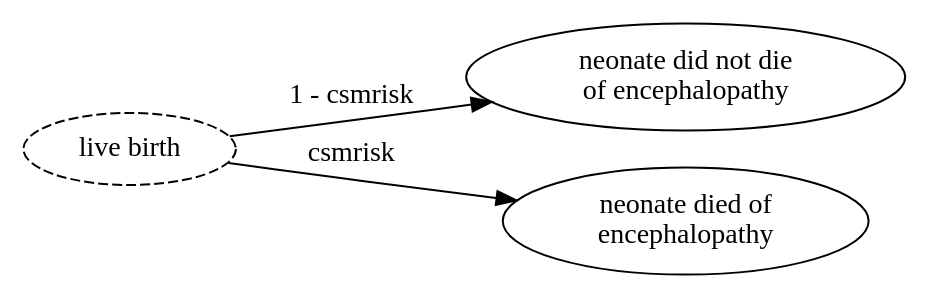
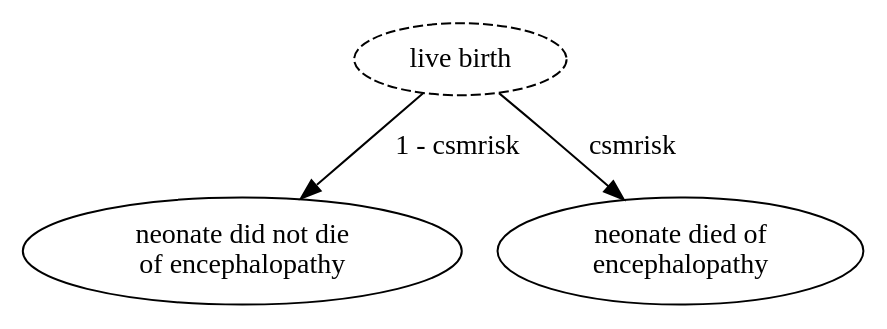
The diagram in docs/source/models/causes/neonatal/neonatal_encephalopathy.rst (ihmeuw/vivarium_research), drawn with Graphviz before and after one commit. The commit also changed 9 other files, not shown here.

First line of the commit message:
Make graphviz cause model diagrams more compact and vertical

```diff
--- a/docs/source/models/causes/neonatal/neonatal_encephalopathy.rst
+++ b/docs/source/models/causes/neonatal/neonatal_encephalopathy.rst
@@ -114,11 +114,10 @@
 .. graphviz::
 
     digraph NN_encephalopathy_decisions {
-        rankdir = LR;
         lb [label="live birth", style=dashed]
         nn_alive [label="neonate did not die\nof encephalopathy"]
         nn_dead [label="neonate died of\nencephalopathy"]
 
         lb -> nn_alive  [label = "1 - csmrisk"]
         lb -> nn_dead [label = "csmrisk"]
     }
```
